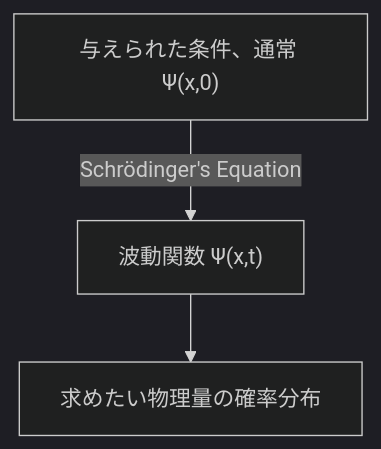
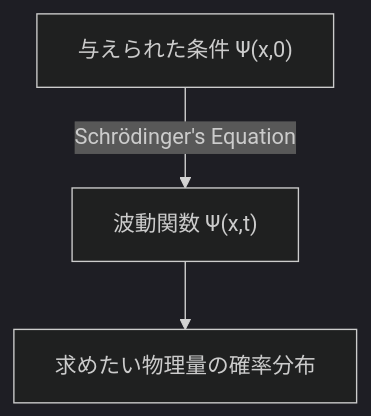
Before and after one commit to yunseo-kim/yunseo-kim.github.io: the second of 2 diagrams in _posts/ja/2024-10-08-schrodinger-equation-and-the-wave-function.md, drawn with Mermaid (dark theme).

````diff
--- a/_posts/ja/2024-10-08-schrodinger-equation-and-the-wave-function.md
+++ b/_posts/ja/2024-10-08-schrodinger-equation-and-the-wave-function.md
@@ -38,5 +38,5 @@
 ```mermaid
 flowchart TD
-	conditions["与えられた条件、通常 Ψ(x,0)"] -- "Schrödinger's Equation" --> x["波動関数 Ψ(x,t)"]
+	conditions["与えられた条件 Ψ(x,0)"] -- "Schrödinger's Equation" --> x["波動関数 Ψ(x,t)"]
 	x --> quantities["求めたい物理量の確率分布"]
 ```
````
